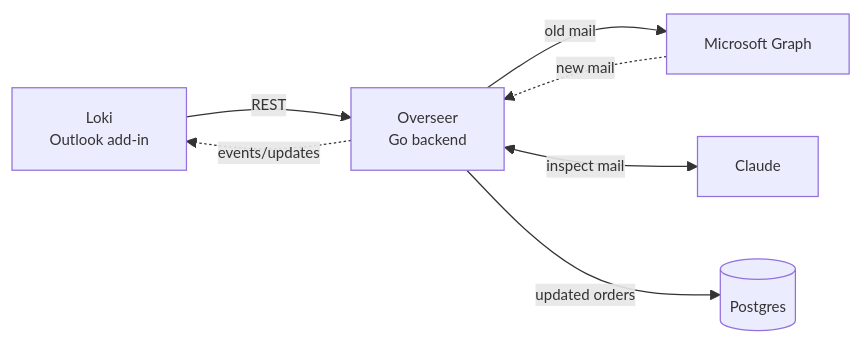
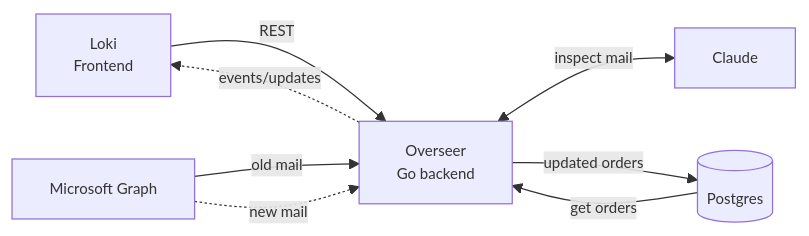
One commit to cabrerajulian401/Overseer-ThirdEye changed the first of 2 diagrams in README.md. Above: the diagram before and after it, drawn with Mermaid.

Commit message:
docs: diagram — get orders edge, reverse old-mail direction, Loki as Frontend

````diff
--- a/README.md
+++ b/README.md
@@ -15,16 +15,17 @@
 ```mermaid
 %%{init: {"themeVariables": {"fontSize": "12px"}}}%%
 flowchart LR
-    Loki["Loki<br/>Outlook add-in"]
+    Loki["Loki<br/>Frontend"]
     OV["Overseer<br/>Go backend"]
     MSG["Microsoft Graph"]
     CLAUDE["Claude"]
     PG[("Postgres")]
 
     Loki -->|"REST"| OV
     OV -.->|"events/updates"| Loki
-    OV -->|"old mail"| MSG
+    MSG -->|"old mail"| OV
     OV <-->|"inspect mail"| CLAUDE
     OV -->|"updated orders"| PG
+    PG -->|"get orders"| OV
     MSG -.->|"new mail"| OV
 ```
````
